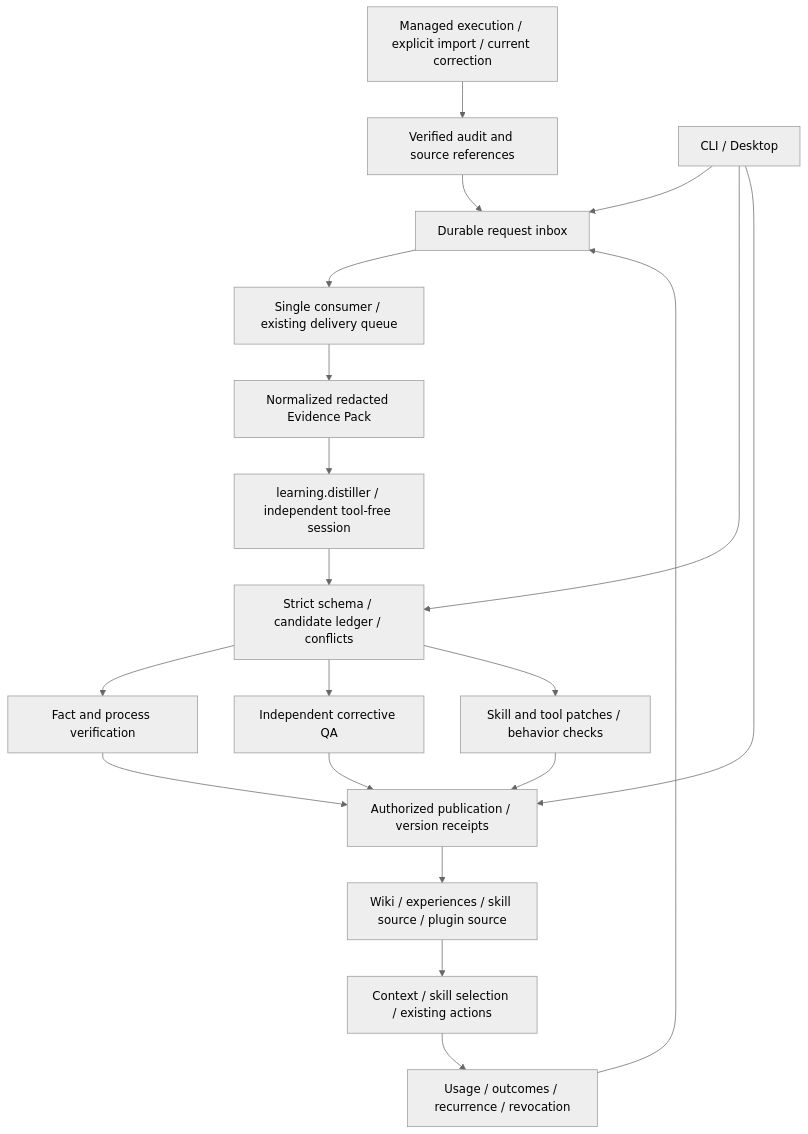
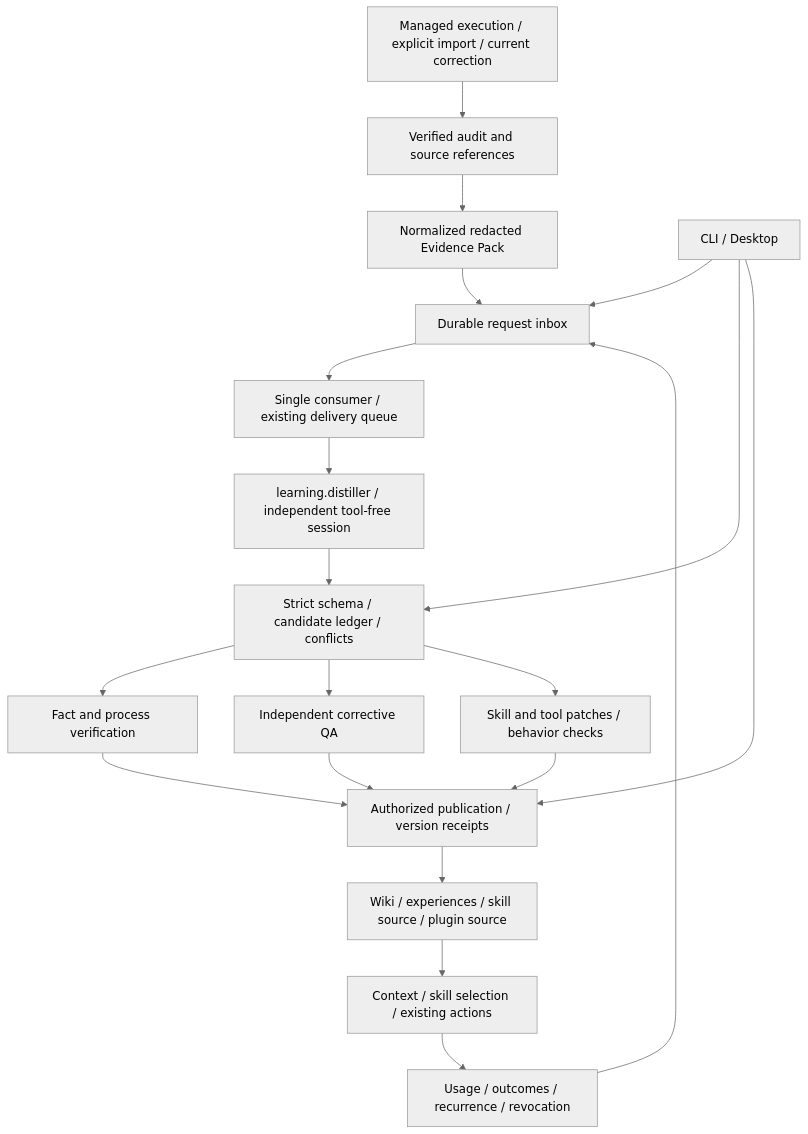
One commit to easyhaloo/afk changed the diagram in docs/superpowers/plans/2026-11-09-session-distillation.md. Above: the diagram before and after it, drawn with Mermaid (neutral theme). The commit also changed other lines of this file and 42 other files, not shown here.

Commit message:
feat: add durable restricted session distillation kernel

````diff
--- a/docs/superpowers/plans/2026-11-09-session-distillation.md
+++ b/docs/superpowers/plans/2026-11-09-session-distillation.md
@@ -51,22 +51,22 @@
 ```mermaid
 flowchart TD
     A[Managed execution / explicit import / current correction] --> B[Verified audit and source references]
-    B --> C[Durable request inbox]
+    B --> E[Normalized redacted Evidence Pack]
+    E --> C[Durable request inbox]
     C --> D[Single consumer / existing delivery queue]
-    D --> E[Normalized redacted Evidence Pack]
-    E --> F[learning.distiller / independent tool-free session]
+    D --> F[learning.distiller / independent tool-free session]
     F --> G[Strict schema / candidate ledger / conflicts]
     G --> H[Fact and process verification]
     G --> I[Independent corrective QA]
     G --> J[Skill and tool patches / behavior checks]
     H --> K[Authorized publication / version receipts]
     I --> K
     J --> K
     K --> L[Wiki / experiences / skill source / plugin source]
     L --> M[Context / skill selection / existing actions]
     M --> N[Usage / outcomes / recurrence / revocation]
     N --> C
     O[CLI / Desktop] --> C
     O --> G
     O --> K
 ```
````
